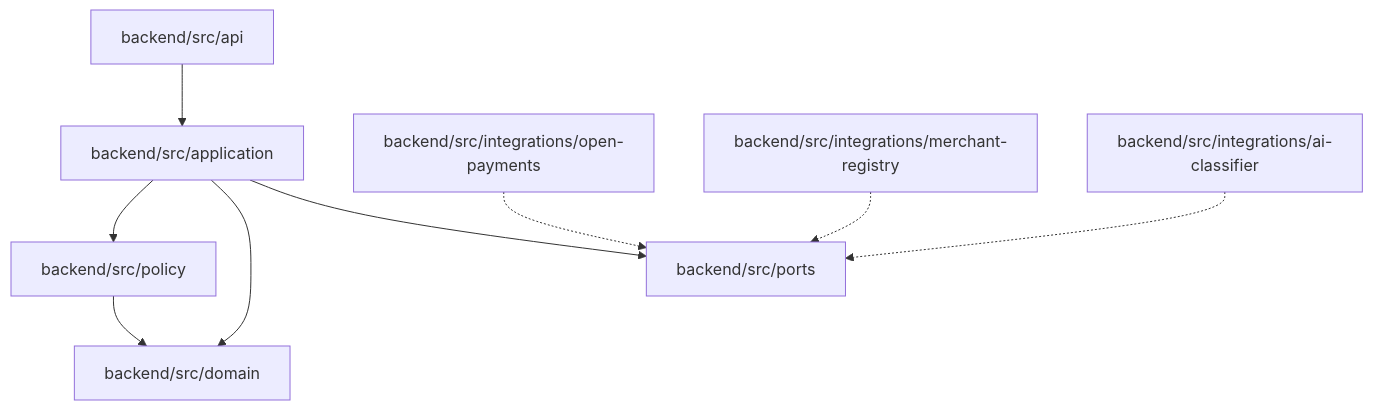
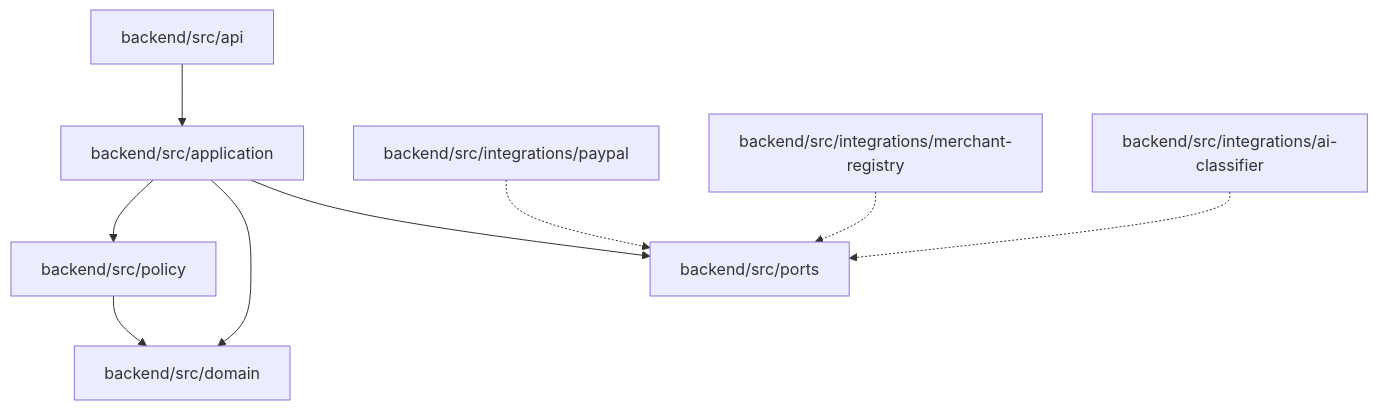
Before and after one commit to Juanqu261/compas-paypal: the second of 4 diagrams in docs/03-architecture.md, drawn with Mermaid. The commit also changed other lines of this file and 25 other files, not shown here.

````diff
--- a/docs/03-architecture.md
+++ b/docs/03-architecture.md
@@ -42,20 +42,20 @@
 ```mermaid
 flowchart TB
   api["backend/src/api"]
   application["backend/src/application"]
   policyNode["backend/src/policy"]
   domainNode["backend/src/domain"]
   ports["backend/src/ports"]
-  openPaymentsAdapter["backend/src/integrations/open-payments"]
+  paypalAdapter["backend/src/integrations/paypal"]
   merchantAdapter["backend/src/integrations/merchant-registry"]
   classifierAdapter["backend/src/integrations/ai-classifier"]
 
   api --> application
   application --> policyNode
   application --> domainNode
   policyNode --> domainNode
   application --> ports
-  openPaymentsAdapter -.-> ports
+  paypalAdapter -.-> ports
   merchantAdapter -.-> ports
   classifierAdapter -.-> ports
 ```
````
